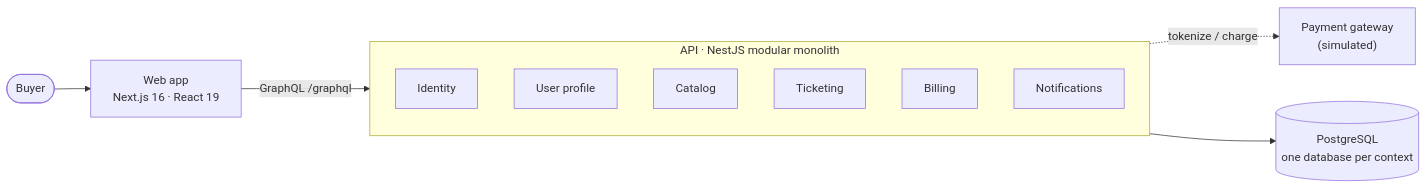
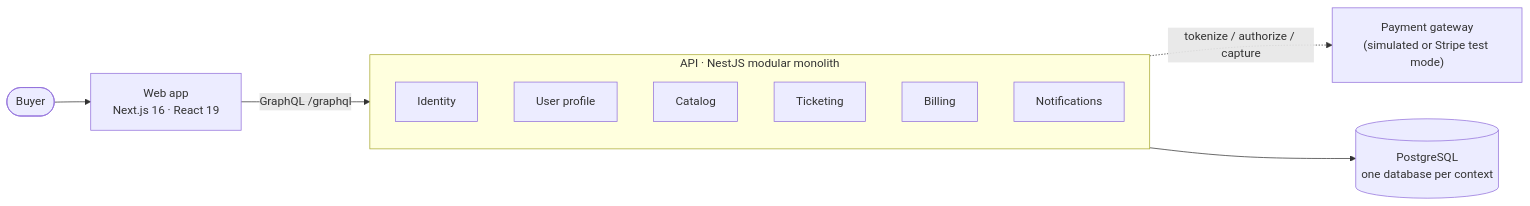
Before and after one commit to emanoelvso/seat-sure: the diagram in README.md, drawn with Mermaid. The commit also changed other lines of this file and 4 other files, not shown here.

Commit message:
docs: update the architecture docs for authorized, 3-D Secure payments

````diff
--- a/README.md
+++ b/README.md
@@ -25,16 +25,16 @@
 ```mermaid
 flowchart LR
   Buyer([Buyer]) --> Web["Web app<br/>Next.js 16 · React 19"]
   Web -- "GraphQL /graphql" --> API
   subgraph API["API · NestJS modular monolith"]
     direction TB
     IA[Identity]
     UP[User profile]
     CAT[Catalog]
     TKT[Ticketing]
     BIL[Billing]
     NOT[Notifications]
   end
   API --> DB[("PostgreSQL<br/>one database per context")]
-  BIL -. "tokenize / charge" .-> GW["Payment gateway<br/>(simulated)"]
+  BIL -. "tokenize / authorize / capture" .-> GW["Payment gateway<br/>(simulated or Stripe test mode)"]
 ```
````
